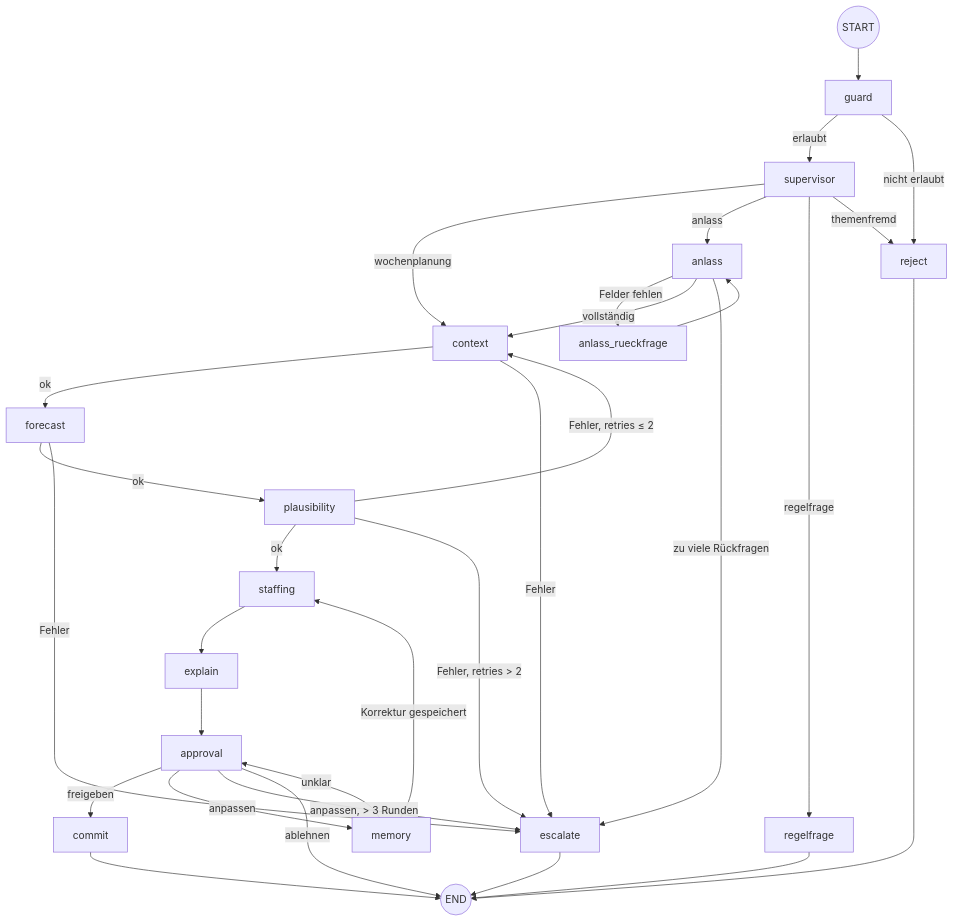
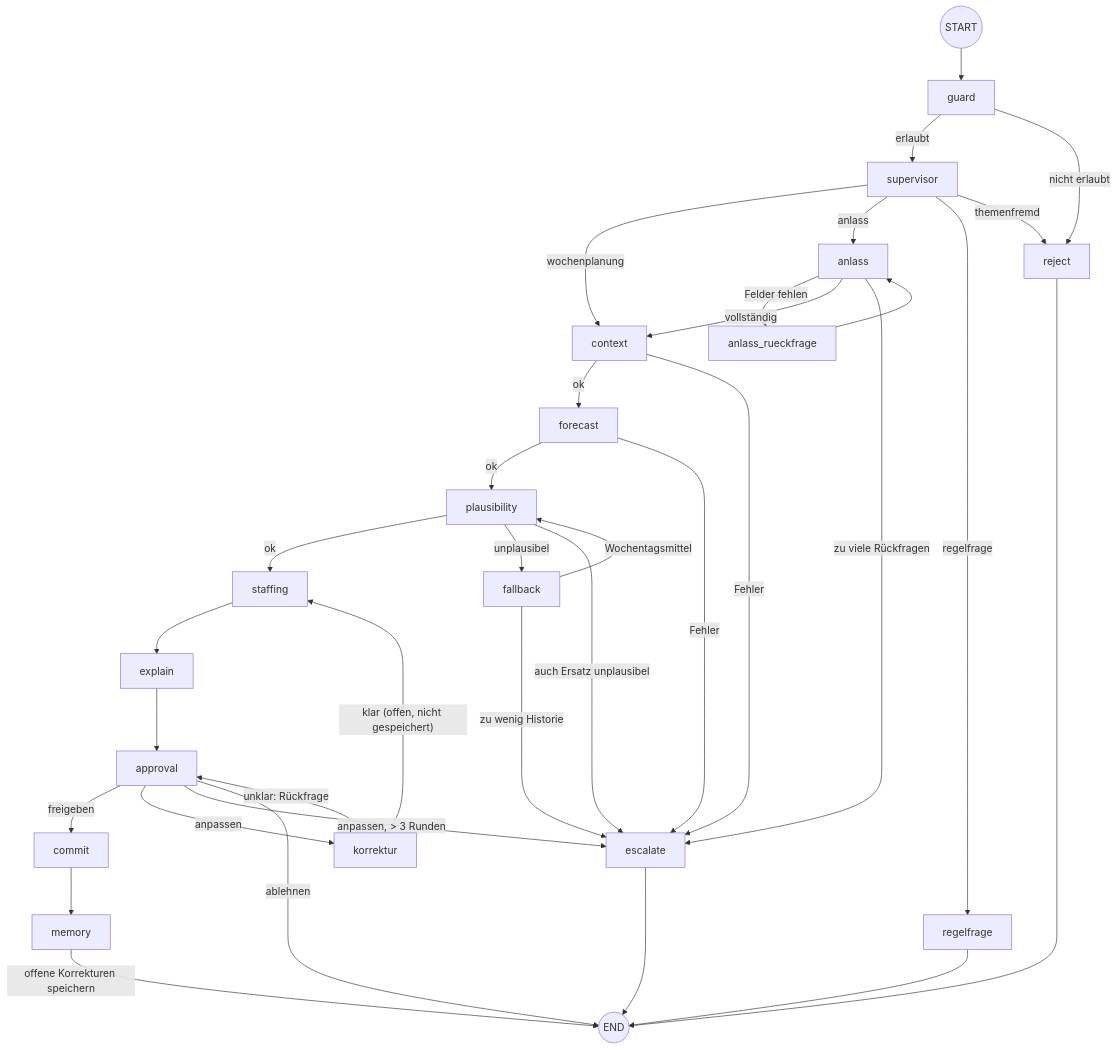
The diagram in docs/architektur.md (GenAI-BAI-2026HS/gastroplanner), drawn with Mermaid before and after one commit. The commit also changed other lines of this file and 19 other files, not shown here.

First line of the commit message:
Review-Feedback: Memory-Schleife klären, Retry durch Fallback ersetzen

````diff
--- a/docs/architektur.md
+++ b/docs/architektur.md
@@ -26,32 +26,35 @@
 ```mermaid
 flowchart TD
     START((START)) --> guard
     guard -- erlaubt --> supervisor
     guard -- nicht erlaubt --> reject
     supervisor -- wochenplanung --> context
     supervisor -- anlass --> anlass
     supervisor -- regelfrage --> regelfrage
     supervisor -- themenfremd --> reject
     anlass -- Felder fehlen --> anlass_rueckfrage
     anlass_rueckfrage --> anlass
     anlass -- vollständig --> context
     anlass -- zu viele Rückfragen --> escalate
     context -- ok --> forecast
     context -- Fehler --> escalate
     forecast -- ok --> plausibility
     forecast -- Fehler --> escalate
     plausibility -- ok --> staffing
-    plausibility -- "Fehler, retries ≤ 2" --> context
-    plausibility -- "Fehler, retries > 2" --> escalate
+    plausibility -- unplausibel --> fallback
+    plausibility -- "auch Ersatz unplausibel" --> escalate
+    fallback -- Wochentagsmittel --> plausibility
+    fallback -- "zu wenig Historie" --> escalate
     staffing --> explain --> approval
     approval -- freigeben --> commit
-    approval -- anpassen --> memory
+    approval -- anpassen --> korrektur
     approval -- "anpassen, > 3 Runden" --> escalate
     approval -- ablehnen --> END
-    memory -- Korrektur gespeichert --> staffing
-    memory -- unklar --> approval
+    korrektur -- "klar (offen, nicht gespeichert)" --> staffing
+    korrektur -- "unklar: Rückfrage" --> approval
+    commit --> memory
+    memory -- "offene Korrekturen speichern" --> END
     regelfrage --> END((END))
     reject --> END
     escalate --> END
-    commit --> END
 ```
````
